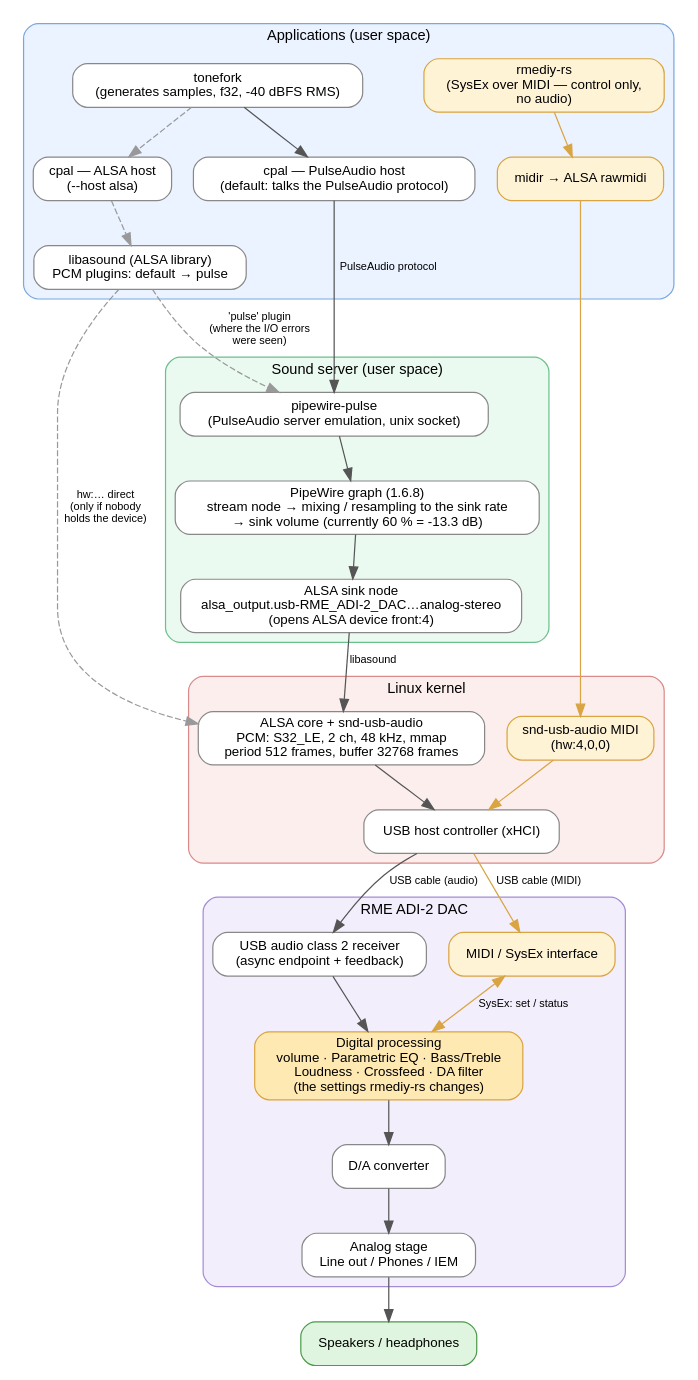
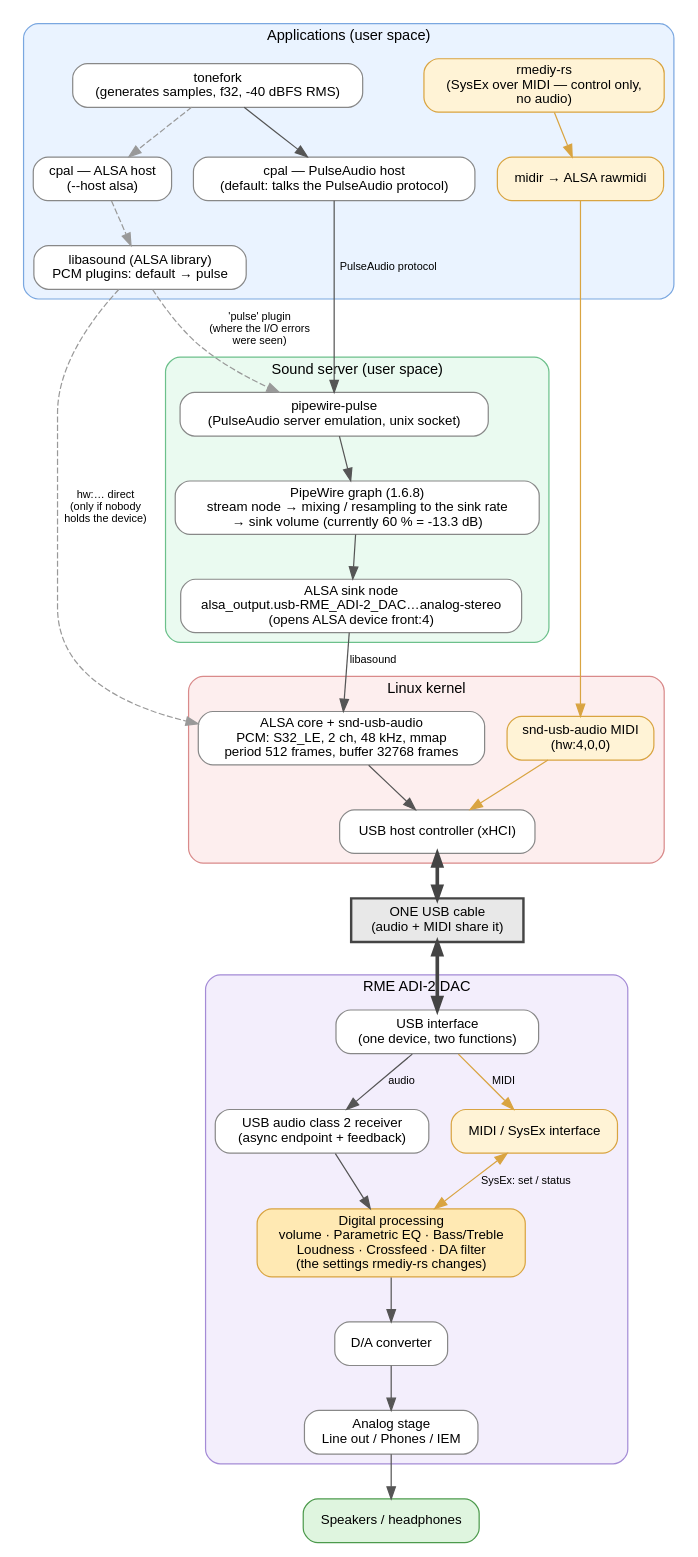
The diagram in docs/audio-path.dot (asyd/tonefork), drawn with Graphviz before and after one commit. The commit also changed 2 other files, not shown here.

Commit message:
Audio path diagram: show audio and MIDI sharing one USB cable

```diff
--- a/docs/audio-path.dot
+++ b/docs/audio-path.dot
@@ -1,66 +1,72 @@
 // Render: dot -Tsvg audio-path.dot -o audio-path.svg
 digraph audio_path {
   rankdir=TB;
   fontname="Helvetica"; fontsize=12;
   node [shape=box, style="rounded,filled", fontname="Helvetica", fontsize=11, fillcolor="#f4f4f4", color="#888888"];
   edge [fontname="Helvetica", fontsize=9, color="#555555"];
   compound=true;
 
   subgraph cluster_app {
     label="Applications (user space)"; style="rounded,filled"; fillcolor="#eaf3ff"; color="#7aa7e0";
     tonefork [label="tonefork\n(generates samples, f32, -40 dBFS RMS)", fillcolor="#ffffff"];
     cpal_pulse [label="cpal — PulseAudio host\n(default: talks the PulseAudio protocol)", fillcolor="#ffffff"];
     cpal_alsa [label="cpal — ALSA host\n(--host alsa)", fillcolor="#ffffff"];
     libasound [label="libasound (ALSA library)\nPCM plugins: default → pulse", fillcolor="#ffffff"];
     rmediy [label="rmediy-rs\n(SysEx over MIDI — control only,\nno audio)", fillcolor="#fff3d6", color="#d9a441"];
     midir [label="midir → ALSA rawmidi", fillcolor="#fff3d6", color="#d9a441"];
   }
 
   subgraph cluster_server {
     label="Sound server (user space)"; style="rounded,filled"; fillcolor="#eafaf0"; color="#6cc08b";
     pwpulse [label="pipewire-pulse\n(PulseAudio server emulation, unix socket)", fillcolor="#ffffff"];
     graph_ [label="PipeWire graph (1.6.8)\nstream node → mixing / resampling to the sink rate\n→ sink volume (currently 60 % = -13.3 dB)", fillcolor="#ffffff"];
     sink [label="ALSA sink node\nalsa_output.usb-RME_ADI-2_DAC…analog-stereo\n(opens ALSA device front:4)", fillcolor="#ffffff"];
   }
 
   subgraph cluster_kernel {
     label="Linux kernel"; style="rounded,filled"; fillcolor="#fdeeee"; color="#d98a8a";
     sndusb [label="ALSA core + snd-usb-audio\nPCM: S32_LE, 2 ch, 48 kHz, mmap\nperiod 512 frames, buffer 32768 frames", fillcolor="#ffffff"];
     usbmidi [label="snd-usb-audio MIDI\n(hw:4,0,0)", fillcolor="#fff3d6", color="#d9a441"];
     xhci [label="USB host controller (xHCI)", fillcolor="#ffffff"];
   }
 
+  // One physical cable: audio and MIDI travel together and are separated inside the DAC.
+  cable [label="ONE USB cable\n(audio + MIDI share it)", shape=box, style="filled", fillcolor="#e8e8e8", color="#444444", penwidth=2];
+
   subgraph cluster_dac {
     label="RME ADI-2 DAC"; style="rounded,filled"; fillcolor="#f3eefc"; color="#a48bd6";
+    usbif [label="USB interface\n(one device, two functions)", fillcolor="#ffffff"];
     usbrx [label="USB audio class 2 receiver\n(async endpoint + feedback)", fillcolor="#ffffff"];
     dsp [label="Digital processing\nvolume · Parametric EQ · Bass/Treble\nLoudness · Crossfeed · DA filter\n(the settings rmediy-rs changes)", fillcolor="#ffe9b3", color="#d9a441"];
     dac [label="D/A converter", fillcolor="#ffffff"];
     analog [label="Analog stage\nLine out / Phones / IEM", fillcolor="#ffffff"];
     midirx [label="MIDI / SysEx interface", fillcolor="#fff3d6", color="#d9a441"];
   }
 
   spk [label="Speakers / headphones", shape=box, style="rounded,filled", fillcolor="#dff5df", color="#4c9a4c"];
 
   // Default audio path
   tonefork -> cpal_pulse;
   cpal_pulse -> pwpulse [label="PulseAudio protocol"];
   pwpulse -> graph_;
   graph_ -> sink;
   sink -> sndusb [label="libasound"];
   sndusb -> xhci;
-  xhci -> usbrx [label="USB cable (audio)"];
+  xhci -> cable [penwidth=3, color="#444444", dir=both];
+  cable -> usbif [penwidth=3, color="#444444", dir=both];
+  usbif -> usbrx [label="audio"];
   usbrx -> dsp -> dac -> analog -> spk;
 
   // Alternative ALSA path
   tonefork -> cpal_alsa [style=dashed, color="#999999"];
   cpal_alsa -> libasound [style=dashed, color="#999999"];
   libasound -> pwpulse [style=dashed, color="#999999", label="'pulse' plugin\n(where the I/O errors\nwere seen)"];
   libasound -> sndusb [style=dashed, color="#999999", label="hw:… direct\n(only if nobody\nholds the device)"];
 
   // Control path
   rmediy -> midir [color="#d9a441"];
   midir -> usbmidi [color="#d9a441"];
   usbmidi -> xhci [color="#d9a441"];
-  xhci -> midirx [color="#d9a441", label="USB cable (MIDI)"];
+  usbif -> midirx [color="#d9a441", label="MIDI"];
   midirx -> dsp [color="#d9a441", label="SysEx: set / status", dir=both];
 }
```
